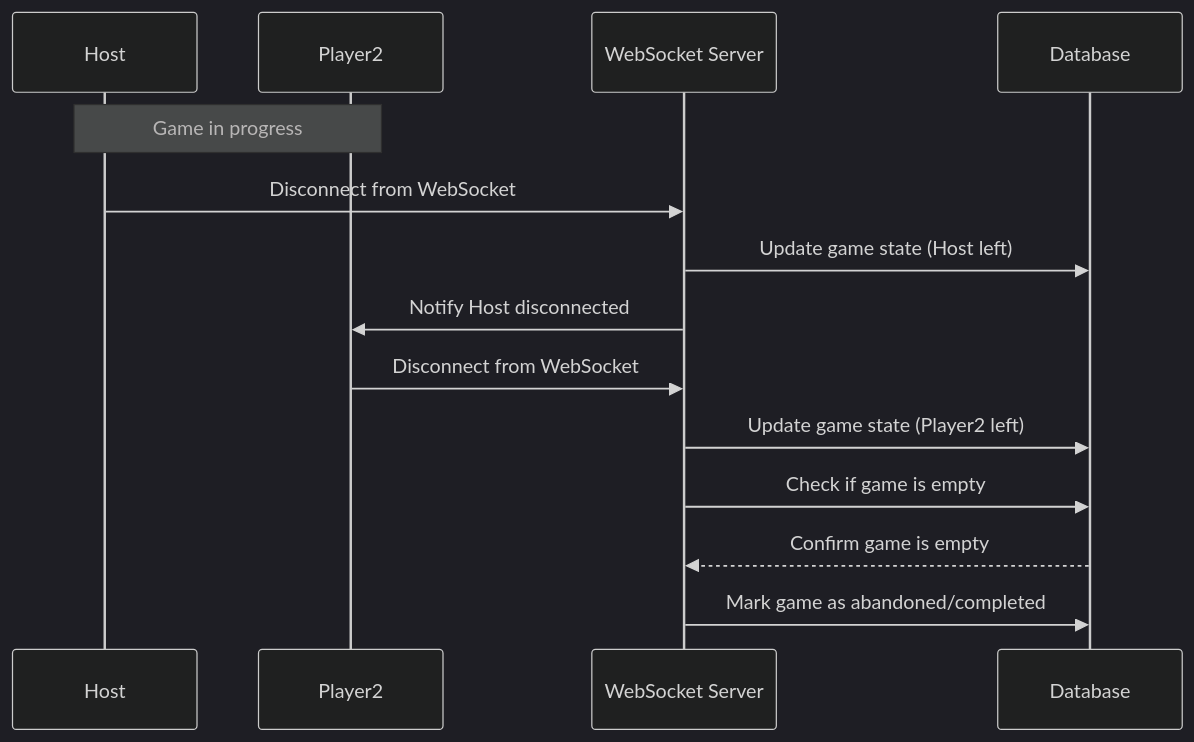
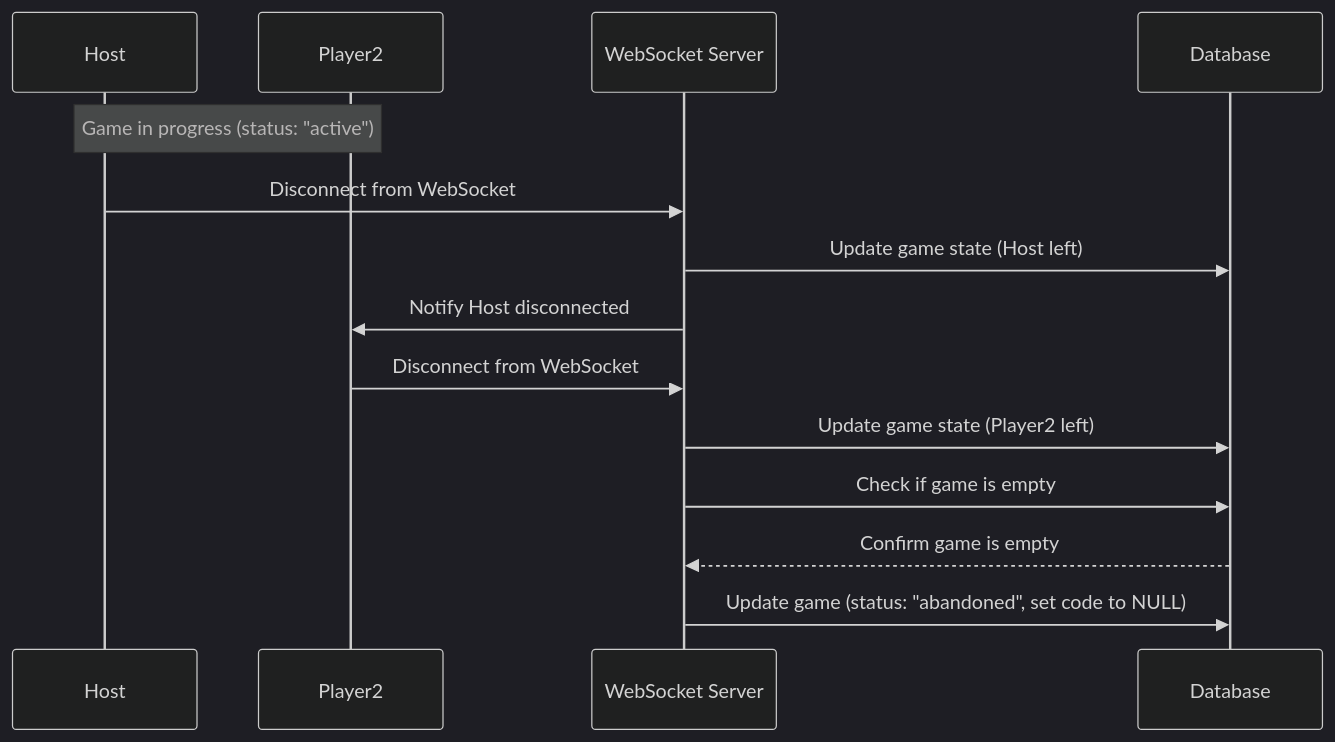
One commit to suiramdev/42-ft_transcendence changed the fifth of 5 diagrams in docs-site/docs/api/game.md. Above: the diagram before and after it, drawn with Mermaid (dark theme). The commit also changed other lines of this file, not shown here.

Commit message:
docs: improve game flow with all in one database

````diff
--- a/docs-site/docs/api/game.md
+++ b/docs-site/docs/api/game.md
@@ -84,19 +99,19 @@
 ```mermaid
 sequenceDiagram
     participant Host
     participant Player2
     participant WS as WebSocket Server
     participant DB as Database
 
-    Note over Host,Player2: Game in progress
+    Note over Host,Player2: Game in progress (status: "active")
     
     Host->>WS: Disconnect from WebSocket
     WS->>DB: Update game state (Host left)
     WS->>Player2: Notify Host disconnected
     
     Player2->>WS: Disconnect from WebSocket
     WS->>DB: Update game state (Player2 left)
     WS->>DB: Check if game is empty
     DB-->>WS: Confirm game is empty
-    WS->>DB: Mark game as abandoned/completed
+    WS->>DB: Update game (status: "abandoned", set code to NULL)
 ```
````
